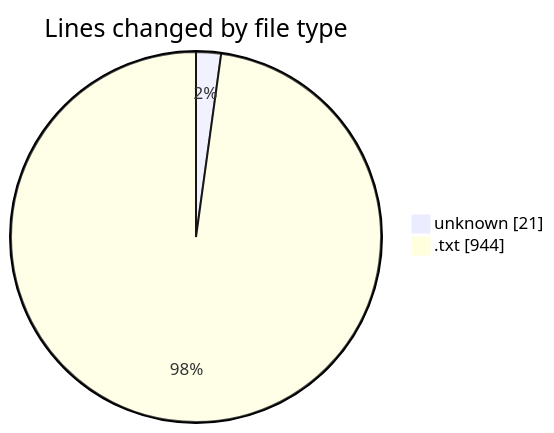
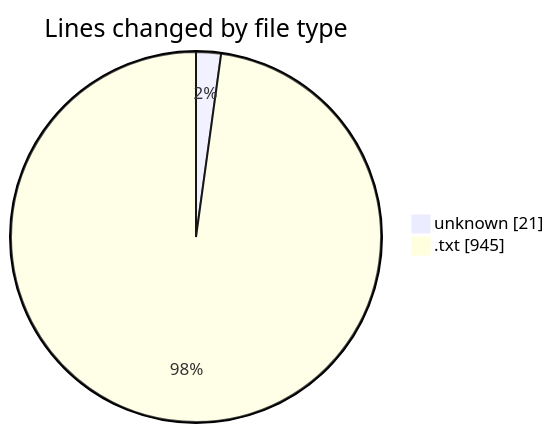
The first of 2 diagrams in 2025-07-25/cutler/README.md (EIIisD/code-tracking), drawn with Mermaid before and after one commit. The commit also changed other lines of this file and 1 other file, not shown here.

````diff
--- a/2025-07-25/cutler/README.md
+++ b/2025-07-25/cutler/README.md
@@ -30,6 +30,6 @@
 ```mermaid
 pie showData
 title Lines changed by file type
 "unknown" : 21
-".txt" : 944
+".txt" : 945
 ```
````
